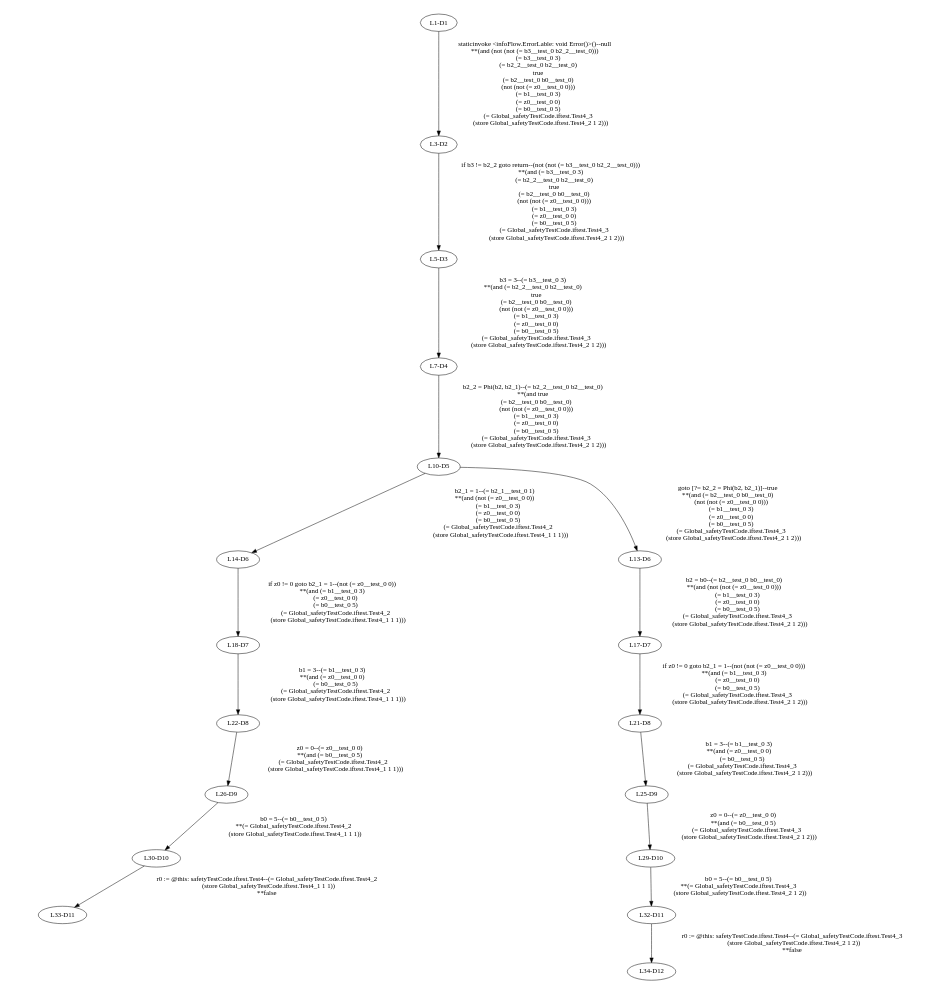
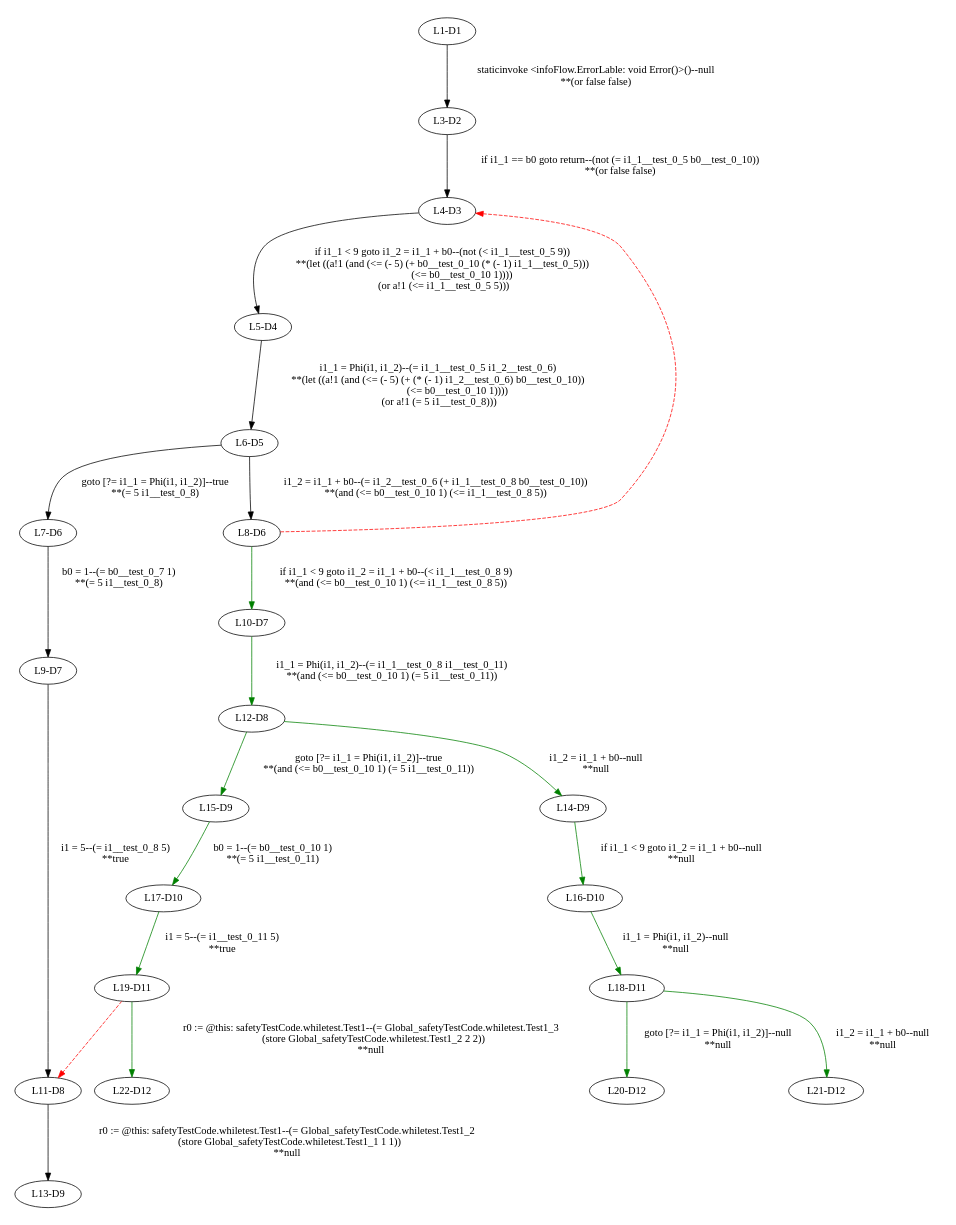
One commit to gt-wunderhorn/gt-wunderhorn changed the diagram in SafetyChecker2/_errors.dot. Above: the diagram before and after it, drawn with Graphviz. The commit also changed 58 other files, not shown here.

```diff
--- a/SafetyChecker2/_errors.dot
+++ b/SafetyChecker2/_errors.dot
@@ -1,111 +1,53 @@
 digraph { 
 	ratio="fill";
 	size="8.3,11.7!";
 	margin=0;
 	"L1-D1" -> "L3-D2"[label="staticinvoke <infoFlow.ErrorLable: void Error()>()--null
-**(and (not (not (= b3__test_0 b2_2__test_0)))
-     (= b3__test_0 3)
-     (= b2_2__test_0 b2__test_0)
-     true
-     (= b2__test_0 b0__test_0)
-     (not (not (= z0__test_0 0)))
-     (= b1__test_0 3)
-     (= z0__test_0 0)
-     (= b0__test_0 5)
-     (= Global_safetyTestCode.iftest.Test4_3
-        (store Global_safetyTestCode.iftest.Test4_2 1 2)))"];
-	"L3-D2" -> "L5-D3"[label="if b3 != b2_2 goto return--(not (not (= b3__test_0 b2_2__test_0)))
-**(and (= b3__test_0 3)
-     (= b2_2__test_0 b2__test_0)
-     true
-     (= b2__test_0 b0__test_0)
-     (not (not (= z0__test_0 0)))
-     (= b1__test_0 3)
-     (= z0__test_0 0)
-     (= b0__test_0 5)
-     (= Global_safetyTestCode.iftest.Test4_3
-        (store Global_safetyTestCode.iftest.Test4_2 1 2)))"];
-	"L5-D3" -> "L7-D4"[label="b3 = 3--(= b3__test_0 3)
-**(and (= b2_2__test_0 b2__test_0)
-     true
-     (= b2__test_0 b0__test_0)
-     (not (not (= z0__test_0 0)))
-     (= b1__test_0 3)
-     (= z0__test_0 0)
-     (= b0__test_0 5)
-     (= Global_safetyTestCode.iftest.Test4_3
-        (store Global_safetyTestCode.iftest.Test4_2 1 2)))"];
-	"L7-D4" -> "L10-D5"[label="b2_2 = Phi(b2, b2_1)--(= b2_2__test_0 b2__test_0)
-**(and true
-     (= b2__test_0 b0__test_0)
-     (not (not (= z0__test_0 0)))
-     (= b1__test_0 3)
-     (= z0__test_0 0)
-     (= b0__test_0 5)
-     (= Global_safetyTestCode.iftest.Test4_3
-        (store Global_safetyTestCode.iftest.Test4_2 1 2)))"];
-	"L10-D5" -> "L14-D6"[label="b2_1 = 1--(= b2_1__test_0 1)
-**(and (not (= z0__test_0 0))
-     (= b1__test_0 3)
-     (= z0__test_0 0)
-     (= b0__test_0 5)
-     (= Global_safetyTestCode.iftest.Test4_2
-        (store Global_safetyTestCode.iftest.Test4_1 1 1)))"];
-	"L10-D5" -> "L13-D6"[label="goto [?= b2_2 = Phi(b2, b2_1)]--true
-**(and (= b2__test_0 b0__test_0)
-     (not (not (= z0__test_0 0)))
-     (= b1__test_0 3)
-     (= z0__test_0 0)
-     (= b0__test_0 5)
-     (= Global_safetyTestCode.iftest.Test4_3
-        (store Global_safetyTestCode.iftest.Test4_2 1 2)))"];
-	"L14-D6" -> "L18-D7"[label="if z0 != 0 goto b2_1 = 1--(not (= z0__test_0 0))
-**(and (= b1__test_0 3)
-     (= z0__test_0 0)
-     (= b0__test_0 5)
-     (= Global_safetyTestCode.iftest.Test4_2
-        (store Global_safetyTestCode.iftest.Test4_1 1 1)))"];
-	"L13-D6" -> "L17-D7"[label="b2 = b0--(= b2__test_0 b0__test_0)
-**(and (not (not (= z0__test_0 0)))
-     (= b1__test_0 3)
-     (= z0__test_0 0)
-     (= b0__test_0 5)
-     (= Global_safetyTestCode.iftest.Test4_3
-        (store Global_safetyTestCode.iftest.Test4_2 1 2)))"];
-	"L18-D7" -> "L22-D8"[label="b1 = 3--(= b1__test_0 3)
-**(and (= z0__test_0 0)
-     (= b0__test_0 5)
-     (= Global_safetyTestCode.iftest.Test4_2
-        (store Global_safetyTestCode.iftest.Test4_1 1 1)))"];
-	"L17-D7" -> "L21-D8"[label="if z0 != 0 goto b2_1 = 1--(not (not (= z0__test_0 0)))
-**(and (= b1__test_0 3)
-     (= z0__test_0 0)
-     (= b0__test_0 5)
-     (= Global_safetyTestCode.iftest.Test4_3
-        (store Global_safetyTestCode.iftest.Test4_2 1 2)))"];
-	"L22-D8" -> "L26-D9"[label="z0 = 0--(= z0__test_0 0)
-**(and (= b0__test_0 5)
-     (= Global_safetyTestCode.iftest.Test4_2
-        (store Global_safetyTestCode.iftest.Test4_1 1 1)))"];
-	"L21-D8" -> "L25-D9"[label="b1 = 3--(= b1__test_0 3)
-**(and (= z0__test_0 0)
-     (= b0__test_0 5)
-     (= Global_safetyTestCode.iftest.Test4_3
-        (store Global_safetyTestCode.iftest.Test4_2 1 2)))"];
-	"L26-D9" -> "L30-D10"[label="b0 = 5--(= b0__test_0 5)
-**(= Global_safetyTestCode.iftest.Test4_2
-   (store Global_safetyTestCode.iftest.Test4_1 1 1))"];
-	"L25-D9" -> "L29-D10"[label="z0 = 0--(= z0__test_0 0)
-**(and (= b0__test_0 5)
-     (= Global_safetyTestCode.iftest.Test4_3
-        (store Global_safetyTestCode.iftest.Test4_2 1 2)))"];
-	"L30-D10" -> "L33-D11"[label="r0 := @this: safetyTestCode.iftest.Test4--(= Global_safetyTestCode.iftest.Test4_2
-   (store Global_safetyTestCode.iftest.Test4_1 1 1))
-**false"];
-	"L29-D10" -> "L32-D11"[label="b0 = 5--(= b0__test_0 5)
-**(= Global_safetyTestCode.iftest.Test4_3
-   (store Global_safetyTestCode.iftest.Test4_2 1 2))"];
-	"L32-D11" -> "L34-D12"[label="r0 := @this: safetyTestCode.iftest.Test4--(= Global_safetyTestCode.iftest.Test4_3
-   (store Global_safetyTestCode.iftest.Test4_2 1 2))
-**false"];
+**(or false false)"];
+	"L3-D2" -> "L4-D3"[label="if i1_1 == b0 goto return--(not (= i1_1__test_0_5 b0__test_0_10))
+**(or false false)"];
+	"L4-D3" -> "L5-D4"[label="if i1_1 < 9 goto i1_2 = i1_1 + b0--(not (< i1_1__test_0_5 9))
+**(let ((a!1 (and (<= (- 5) (+ b0__test_0_10 (* (- 1) i1_1__test_0_5)))
+                (<= b0__test_0_10 1))))
+  (or a!1 (<= i1_1__test_0_5 5)))"];
+	"L5-D4" -> "L6-D5"[label="i1_1 = Phi(i1, i1_2)--(= i1_1__test_0_5 i1_2__test_0_6)
+**(let ((a!1 (and (<= (- 5) (+ (* (- 1) i1_2__test_0_6) b0__test_0_10))
+                (<= b0__test_0_10 1))))
+  (or a!1 (= 5 i1__test_0_8)))"];
+	"L6-D5" -> "L7-D6"[label="goto [?= i1_1 = Phi(i1, i1_2)]--true
+**(= 5 i1__test_0_8)"];
+	"L6-D5" -> "L8-D6"[label="i1_2 = i1_1 + b0--(= i1_2__test_0_6 (+ i1_1__test_0_8 b0__test_0_10))
+**(and (<= b0__test_0_10 1) (<= i1_1__test_0_8 5))"];
+	"L7-D6" -> "L9-D7"[label="b0 = 1--(= b0__test_0_7 1)
+**(= 5 i1__test_0_8)"];
+	"L8-D6" -> "L10-D7"[color =green, label="if i1_1 < 9 goto i1_2 = i1_1 + b0--(< i1_1__test_0_8 9)
+**(and (<= b0__test_0_10 1) (<= i1_1__test_0_8 5))"];
+	"L9-D7" -> "L11-D8"[label="i1 = 5--(= i1__test_0_8 5)
+**true"];
+	"L10-D7" -> "L12-D8"[color =green, label="i1_1 = Phi(i1, i1_2)--(= i1_1__test_0_8 i1__test_0_11)
+**(and (<= b0__test_0_10 1) (= 5 i1__test_0_11))"];
+	"L11-D8" -> "L13-D9"[label="r0 := @this: safetyTestCode.whiletest.Test1--(= Global_safetyTestCode.whiletest.Test1_2
+   (store Global_safetyTestCode.whiletest.Test1_1 1 1))
+**null"];
+	"L12-D8" -> "L14-D9"[color =green, label="i1_2 = i1_1 + b0--null
+**null"];
+	"L12-D8" -> "L15-D9"[color =green, label="goto [?= i1_1 = Phi(i1, i1_2)]--true
+**(and (<= b0__test_0_10 1) (= 5 i1__test_0_11))"];
+	"L14-D9" -> "L16-D10"[color =green, label="if i1_1 < 9 goto i1_2 = i1_1 + b0--null
+**null"];
+	"L15-D9" -> "L17-D10"[color =green, label="b0 = 1--(= b0__test_0_10 1)
+**(= 5 i1__test_0_11)"];
+	"L16-D10" -> "L18-D11"[color =green, label="i1_1 = Phi(i1, i1_2)--null
+**null"];
+	"L17-D10" -> "L19-D11"[color =green, label="i1 = 5--(= i1__test_0_11 5)
+**true"];
+	"L18-D11" -> "L21-D12"[color =green, label="i1_2 = i1_1 + b0--null
+**null"];
+	"L18-D11" -> "L20-D12"[color =green, label="goto [?= i1_1 = Phi(i1, i1_2)]--null
+**null"];
+	"L19-D11" -> "L22-D12"[color =green, label="r0 := @this: safetyTestCode.whiletest.Test1--(= Global_safetyTestCode.whiletest.Test1_3
+   (store Global_safetyTestCode.whiletest.Test1_2 2 2))
+**null"];
+	"L19-D11" -> "L11-D8"[style=dashed, color=red];
+	"L8-D6" -> "L4-D3"[style=dashed, color=red];
 }
```
